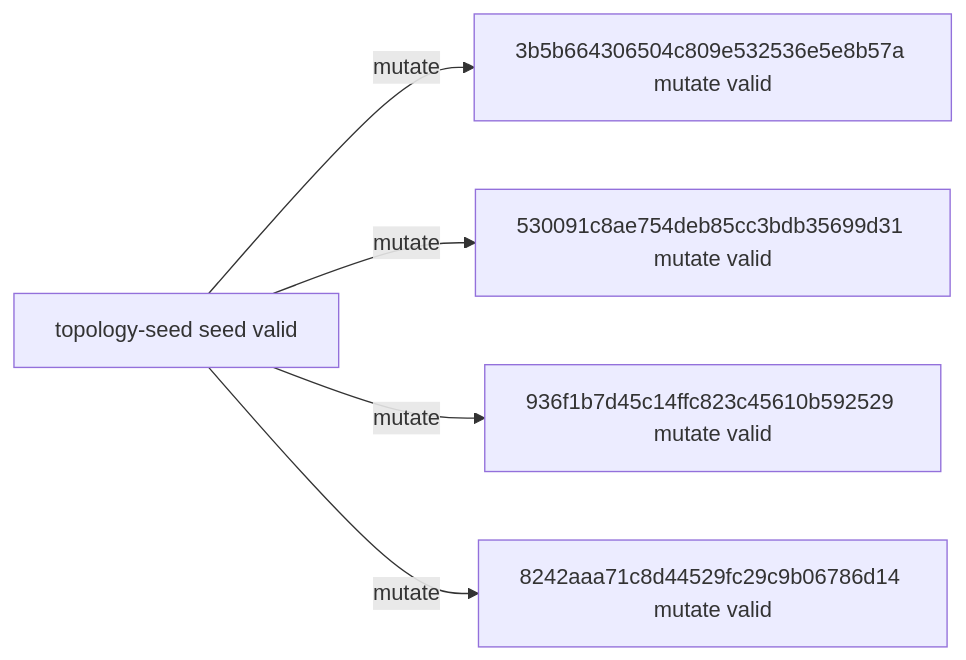
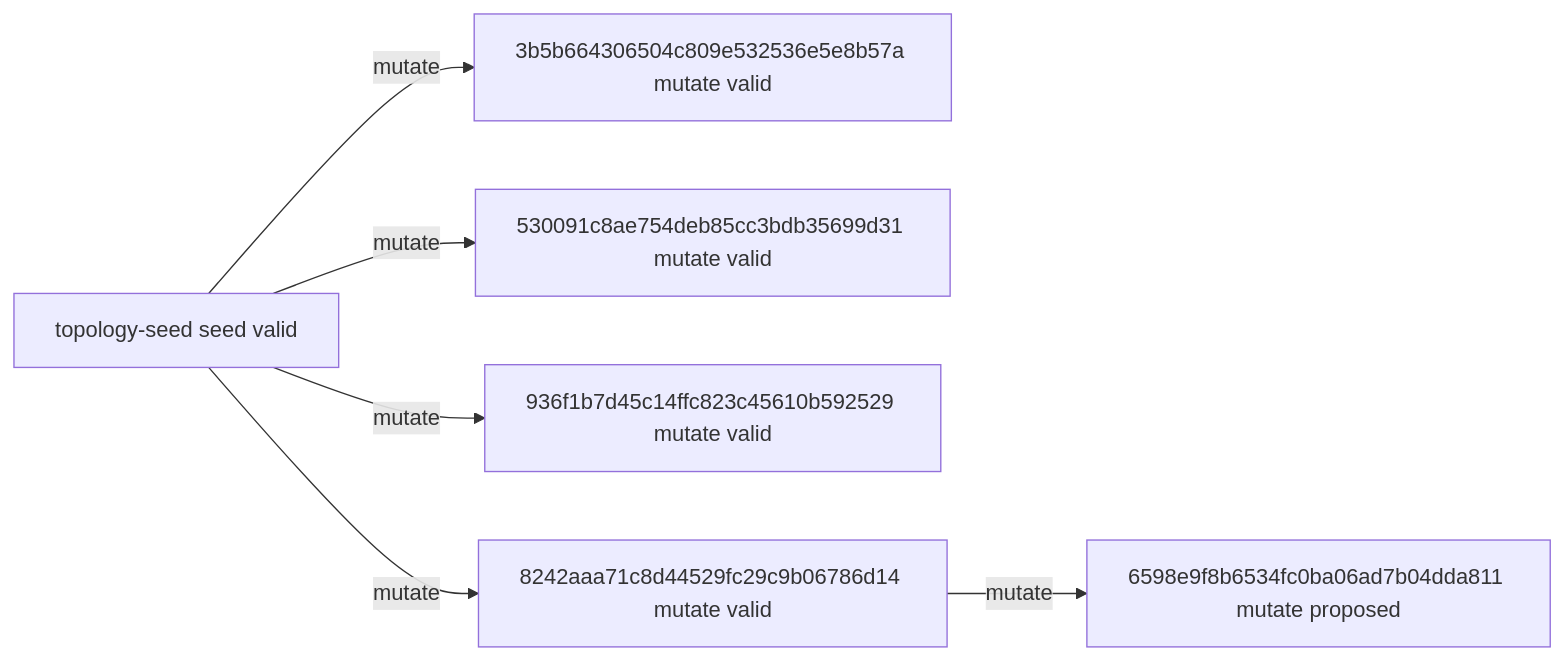
The diagram in experiments/campaigns/layout-numerical-lane1/README.md (timbtz/feyer-search-lab), drawn with Mermaid before and after one commit. The commit also changed other lines of this file and 7 other files, not shown here.

````diff
--- a/experiments/campaigns/layout-numerical-lane1/README.md
+++ b/experiments/campaigns/layout-numerical-lane1/README.md
@@ -21,12 +21,14 @@
 ```mermaid
 graph LR
   n0["topology-seed seed valid"]
   n1["3b5b664306504c809e532536e5e8b57a mutate valid"]
   n2["530091c8ae754deb85cc3bdb35699d31 mutate valid"]
   n3["936f1b7d45c14ffc823c45610b592529 mutate valid"]
   n4["8242aaa71c8d44529fc29c9b06786d14 mutate valid"]
+  n5["6598e9f8b6534fc0ba06ad7b04dda811 mutate proposed"]
   n0 -->|mutate| n1
   n0 -->|mutate| n2
   n0 -->|mutate| n3
   n0 -->|mutate| n4
+  n4 -->|mutate| n5
 ```
````
